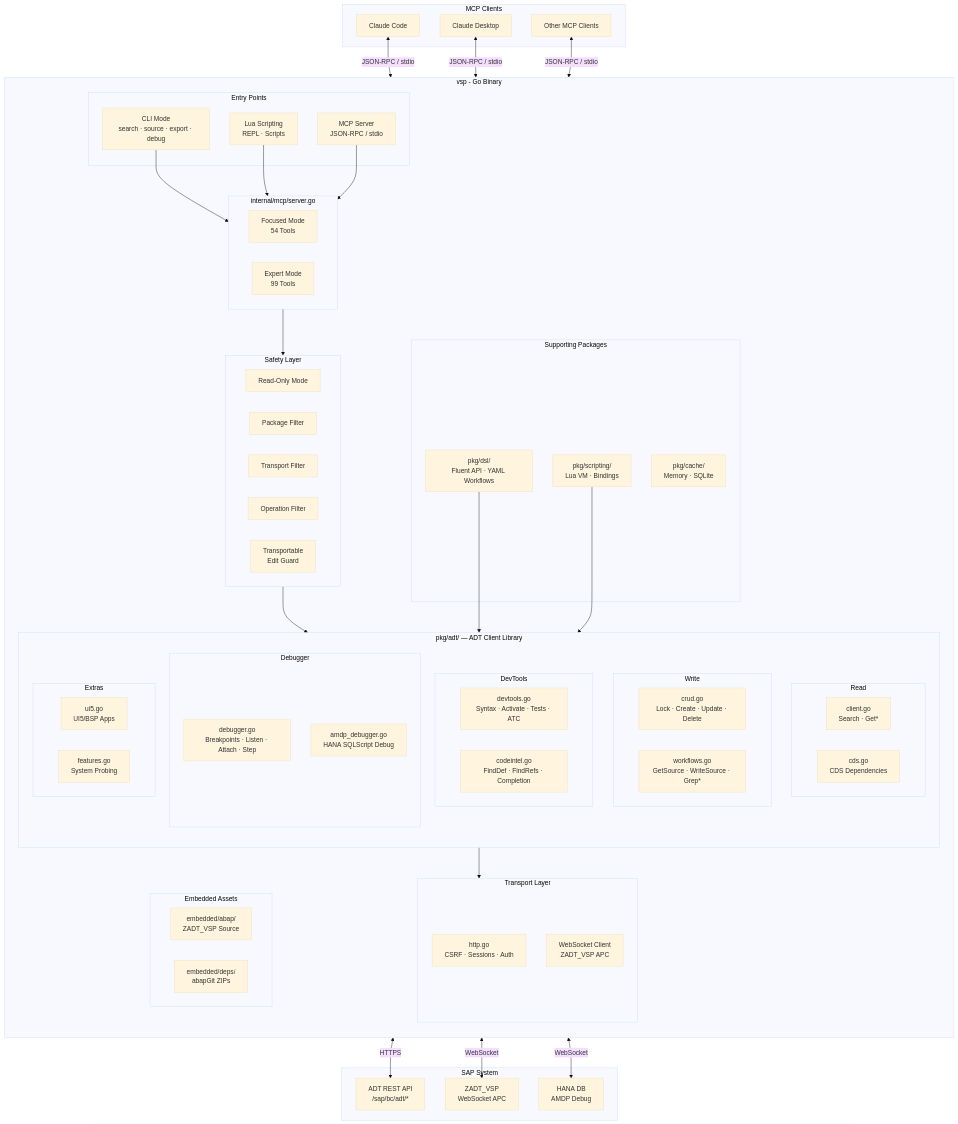
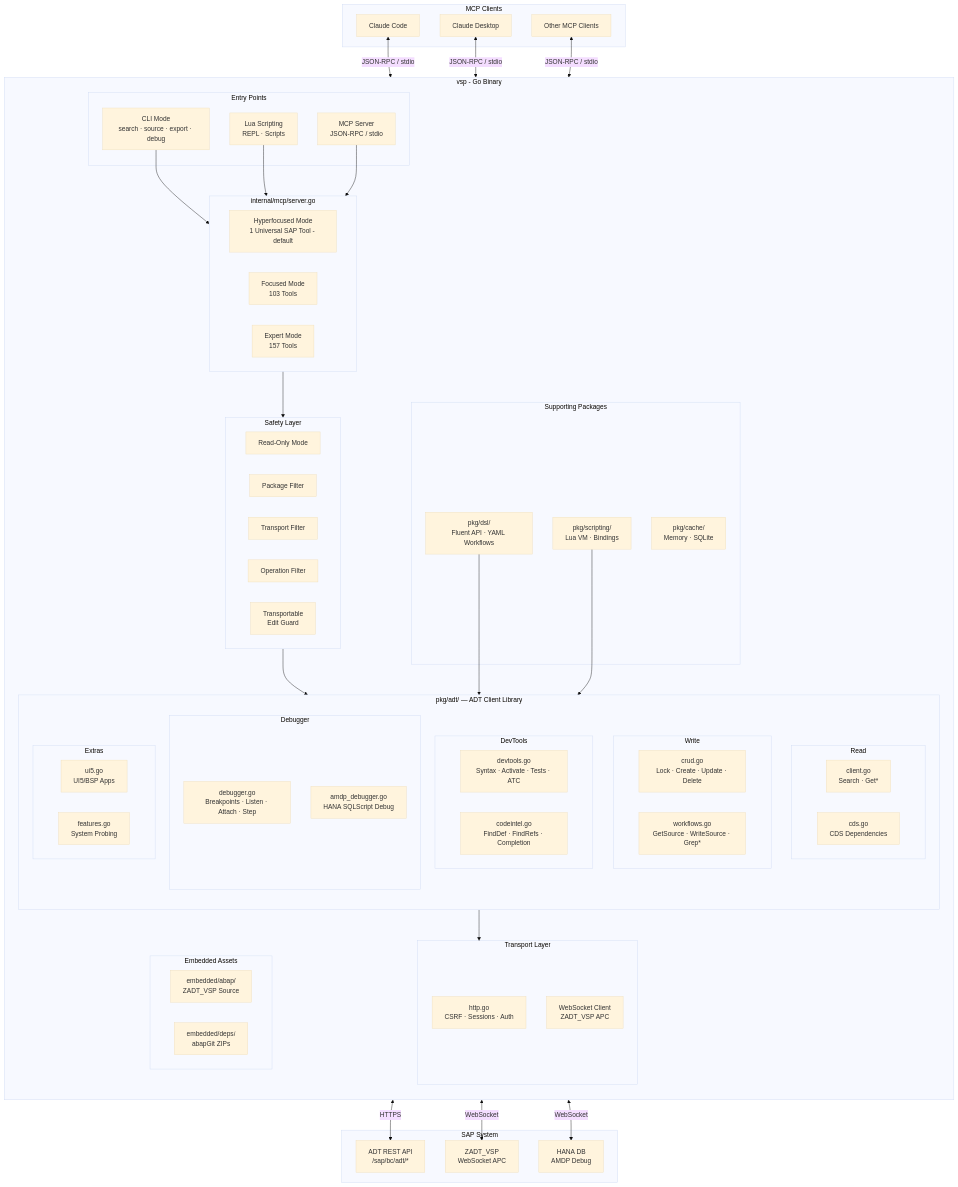
Before and after one commit to vinchacho/vibing-steampunk: the first of 7 diagrams in docs/architecture.md, drawn with Mermaid (base theme). The commit also changed other lines of this file and 24 other files, not shown here.

First line of the commit message:
docs: freshness pass — re-derived counts, 66 undocumented tools, current architecture

```diff
--- a/docs/architecture.md
+++ b/docs/architecture.md
@@ -21,8 +21,9 @@
 
         subgraph Core["internal/mcp/server.go"]
             direction LR
-            Focused[Focused Mode<br/>54 Tools]
-            Expert[Expert Mode<br/>99 Tools]
+            Hyper[Hyperfocused Mode<br/>1 Universal SAP Tool - default]
+            Focused[Focused Mode<br/>103 Tools]
+            Expert[Expert Mode<br/>157 Tools]
         end
 
         subgraph Safety["Safety Layer"]
```
